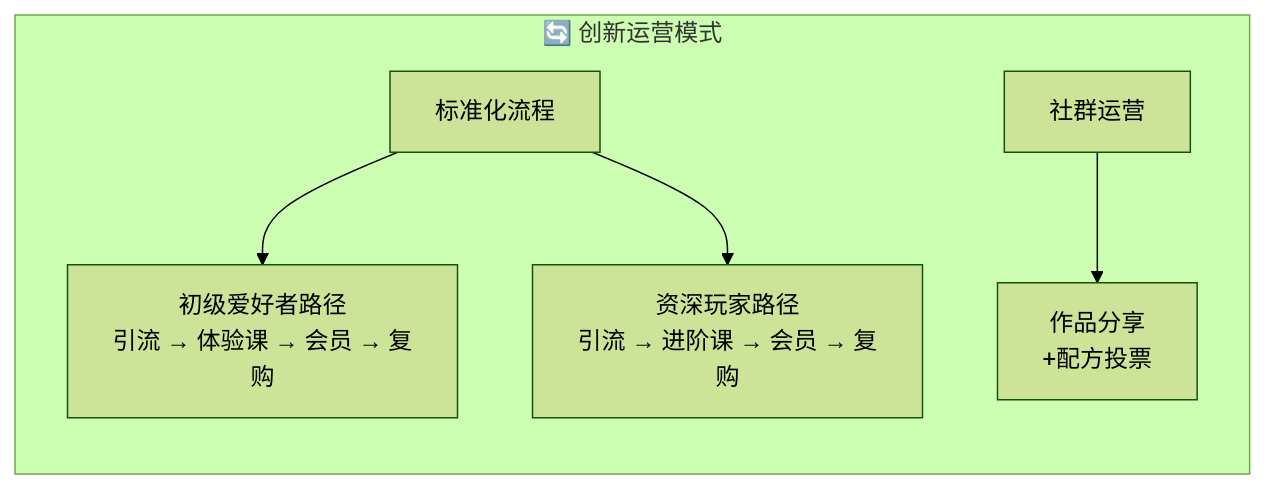
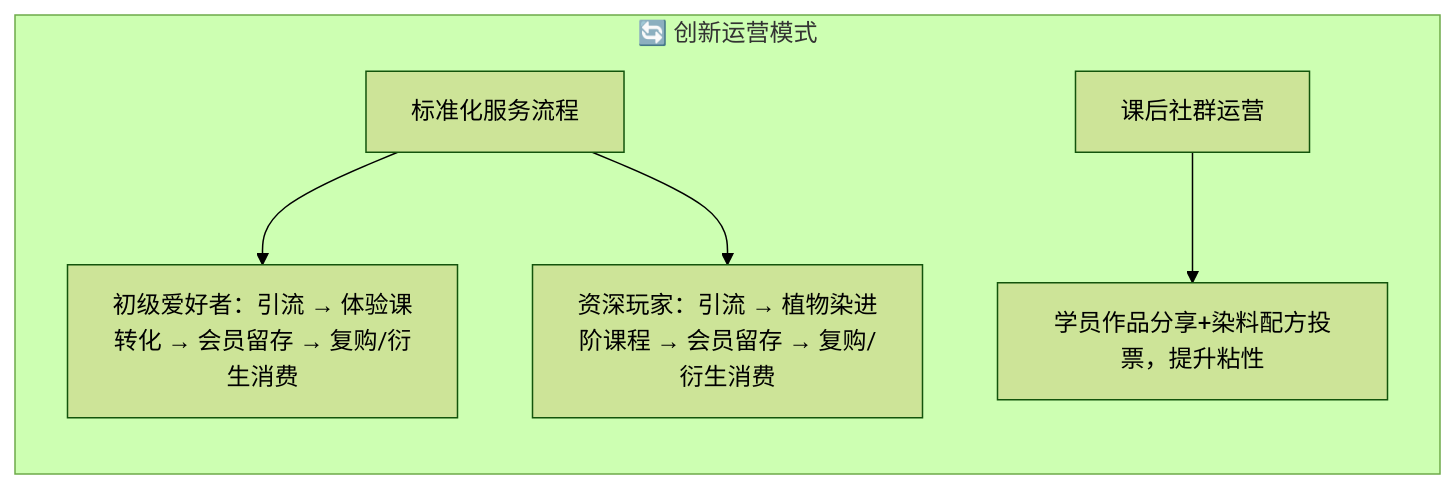
One commit to NaturalRice/git-demo changed the second of 3 diagrams in README.md. Above: the diagram before and after it, drawn with Mermaid (forest theme). The commit also changed other lines of this file, not shown here.

````diff
--- a/README.md
+++ b/README.md
@@ -13,9 +13,9 @@
 ```mermaid
 flowchart LR
     subgraph 创新点["🔄 创新运营模式"]
         direction TB
-        A[标准化流程] --> B["初级爱好者路径\n引流 → 体验课 → 会员 → 复购"]
-        A --> C["资深玩家路径\n引流 → 进阶课 → 会员 → 复购"]
-        D[社群运营] --> E["作品分享\n+配方投票"]
+        A[标准化服务流程] --> B["初级爱好者：引流 → 体验课转化 → 会员留存 → 复购/衍生消费"]
+        A --> C["资深玩家：引流 → 植物染进阶课程 → 会员留存 → 复购/衍生消费"]
+        D[课后社群运营] --> E["学员作品分享+染料配方投票，提升粘性"]
     end
 ```
````
